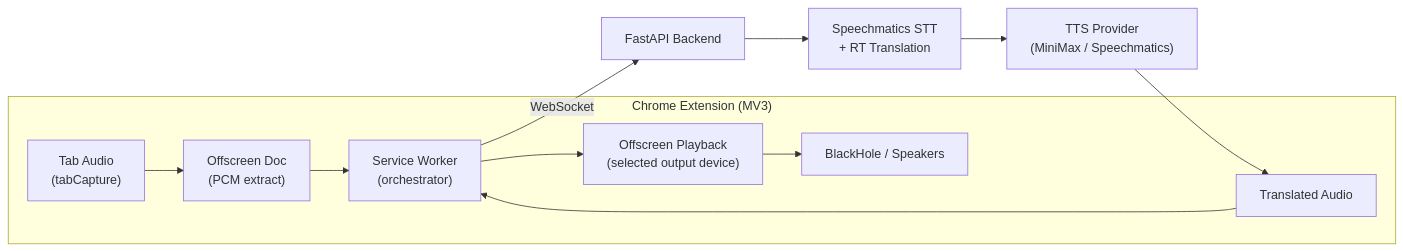
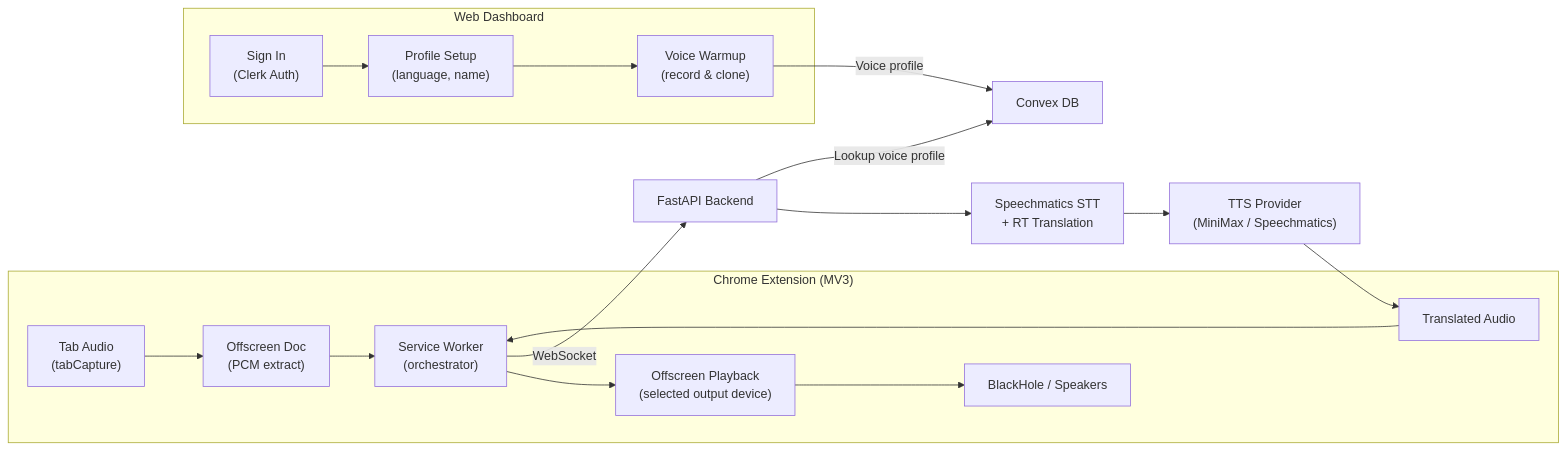
Before and after one commit to shlawgathon/interpreter: the diagram in README.md, drawn with Mermaid. The commit also changed other lines of this file and 16 other files, not shown here.

Commit message:
included web panel/voice cloning warmup integ

````diff
--- a/README.md
+++ b/README.md
@@ -7,15 +7,22 @@
 ```mermaid
 flowchart LR
     subgraph ext ["Chrome Extension (MV3)"]
         A["Tab Audio\n(tabCapture)"] --> B["Offscreen Doc\n(PCM extract)"]
         B --> C["Service Worker\n(orchestrator)"]
         G["Translated Audio"] --> C
         C --> H["Offscreen Playback\n(selected output device)"]
         H --> I["BlackHole / Speakers"]
     end
 
+    subgraph web ["Web Dashboard"]
+        J["Sign In\n(Clerk Auth)"] --> K["Profile Setup\n(language, name)"]
+        K --> L["Voice Warmup\n(record & clone)"]
+    end
+
     C -- WebSocket --> D["FastAPI Backend"]
     D --> E["Speechmatics STT\n+ RT Translation"]
     E --> F["TTS Provider\n(MiniMax / Speechmatics)"]
     F --> G
+    L -- "Voice profile" --> M["Convex DB"]
+    D -- "Lookup voice profile" --> M
 ```
````
